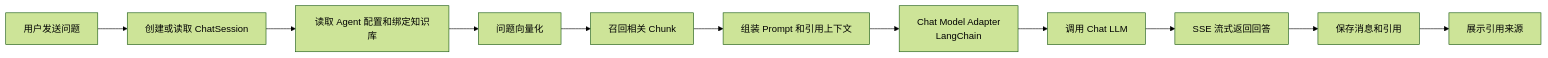
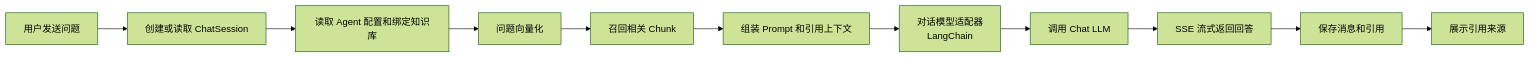
The third of 5 diagrams in apps/docs-site/architecture.md (UserKei/Zeta), drawn with Mermaid (forest theme) before and after one commit. The commit also changed other lines of this file and 4 other files, not shown here.

Commit message:
docs: add layered architecture overview

````diff
--- a/apps/docs-site/architecture.md
+++ b/apps/docs-site/architecture.md
@@ -80,16 +141,16 @@
 ```mermaid
 flowchart LR
     question[用户发送问题]
     session[创建或读取 ChatSession]
     agent[读取 Agent 配置和绑定知识库]
     embed[问题向量化]
     retrieve[召回相关 Chunk]
     prompt[组装 Prompt 和引用上下文]
-    adapter[Chat Model Adapter<br/>LangChain]
+    adapter[对话模型适配器<br/>LangChain]
     llm[调用 Chat LLM]
     stream[SSE 流式返回回答]
     persist[保存消息和引用]
     source[展示引用来源]
 
     question --> session --> agent --> embed --> retrieve --> prompt --> adapter --> llm --> stream --> persist --> source
 ```
````
